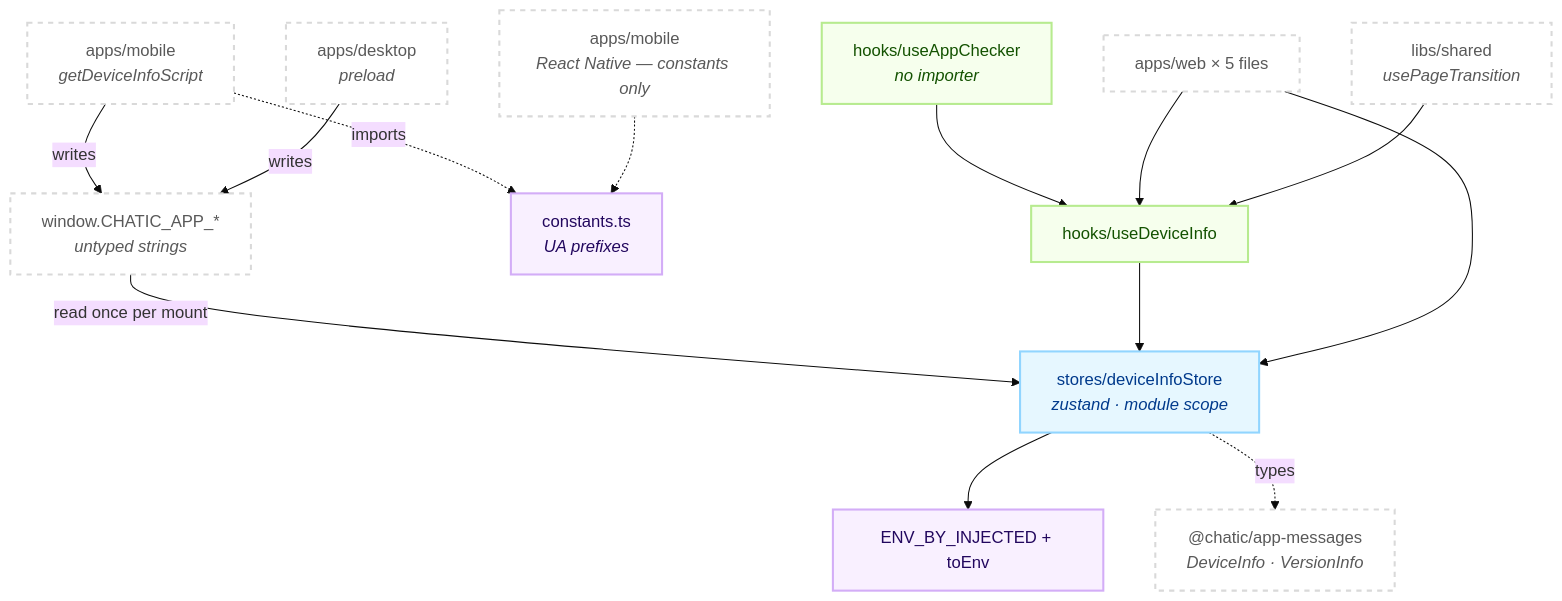
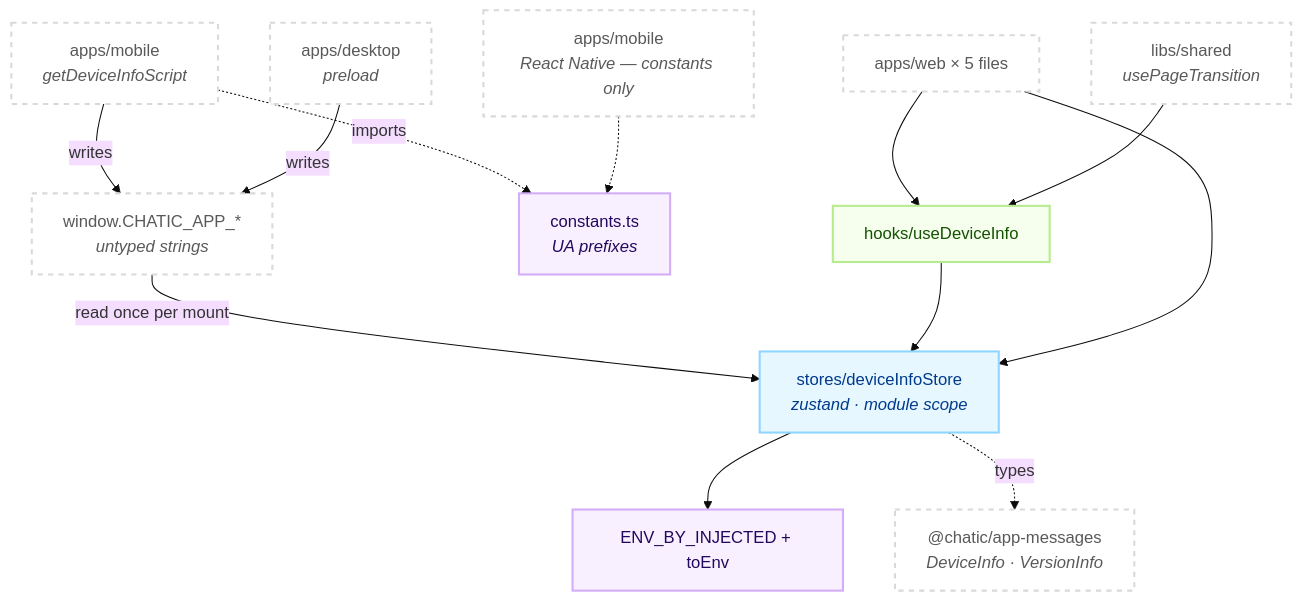
The first of 2 diagrams in libs/device-utils/README.md (lemoncloud-io/dou-app), drawn with Mermaid (base theme) before and after one commit. The commit also changed other lines of this file and 47 other files, not shown here.

````diff
--- a/libs/device-utils/README.md
+++ b/libs/device-utils/README.md
@@ -86,36 +87,34 @@
 ```mermaid
 flowchart TD
     classDef store fill:#e6f7ff,stroke:#91d5ff,stroke-width:2px,color:#003a8c;
     classDef hook fill:#f6ffed,stroke:#b7eb8f,stroke-width:2px,color:#135200;
     classDef pure fill:#f9f0ff,stroke:#d3adf7,stroke-width:2px,color:#22075e;
     classDef ext fill:#ffffff,stroke:#d9d9d9,stroke-width:2px,color:#595959,stroke-dasharray: 5 5;
 
     Mobile["apps/mobile<br/><i>getDeviceInfoScript</i>"]:::ext
     Desktop["apps/desktop<br/><i>preload</i>"]:::ext
     Globals["window.CHATIC_APP_*<br/><i>untyped strings</i>"]:::ext
 
     Store["stores/deviceInfoStore<br/><i>zustand · module scope</i>"]:::store
     Env["ENV_BY_INJECTED + toEnv"]:::pure
     Const["constants.ts<br/><i>UA prefixes</i>"]:::pure
 
     UseDev["hooks/useDeviceInfo"]:::hook
-    UseApp["hooks/useAppChecker<br/><i>no importer</i>"]:::hook
 
     Web["apps/web × 5 files"]:::ext
     Shared["libs/shared<br/><i>usePageTransition</i>"]:::ext
     RN["apps/mobile<br/><i>React Native — constants only</i>"]:::ext
     Msgs["@chatic/app-messages<br/><i>DeviceInfo · VersionInfo</i>"]:::ext
 
     Mobile -->|writes| Globals
     Desktop -->|writes| Globals
     Mobile -.->|imports| Const
     Globals -->|read once per mount| Store
     Store --> Env
     Store -.->|types| Msgs
     UseDev --> Store
-    UseApp --> UseDev
     Web --> UseDev
     Web --> Store
     Shared --> UseDev
     RN -.-> Const
 ```
````
